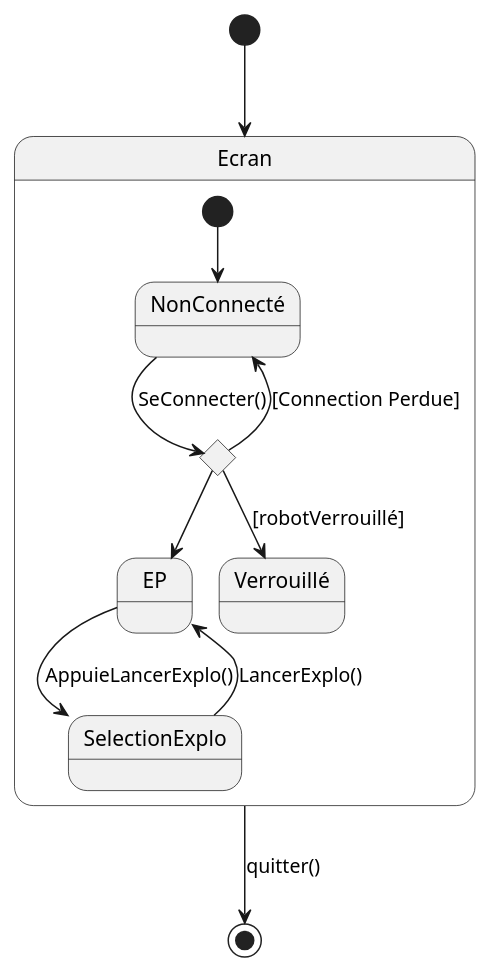
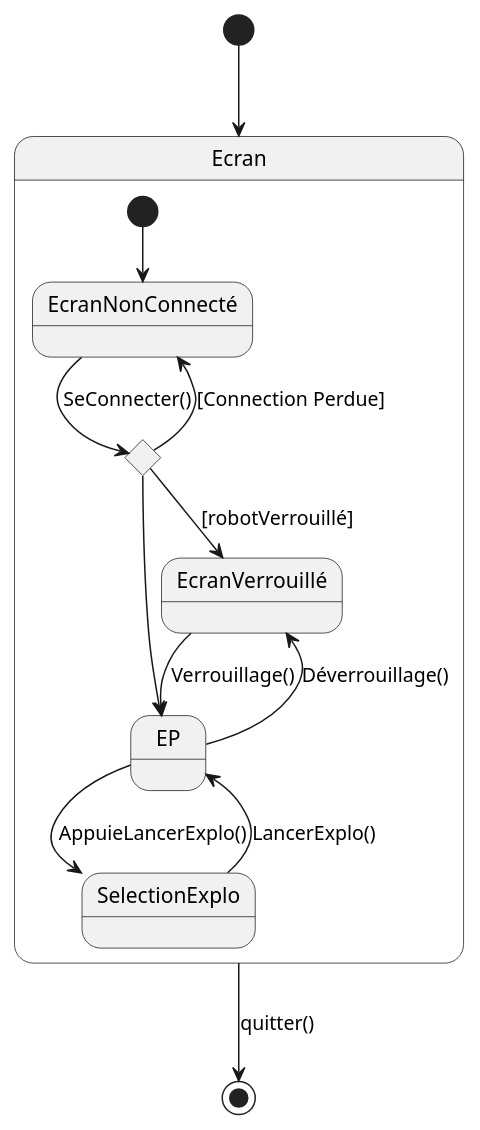
Before and after one commit to Larson-09/PATO_Project: the diagram in Diagrammes UML/3.1.3 - Les écrans/3.1.3 - Diagramme IHM.puml, drawn with PlantUML. The commit also changed 1 other file, not shown here.

Commit message:
Diagramme IHM V1 FR/EN

```diff
--- a/Diagrammes UML/3.1.3 - Les écrans/3.1.3 - Diagramme IHM.puml
+++ b/Diagrammes UML/3.1.3 - Les écrans/3.1.3 - Diagramme IHM.puml
@@ -1,23 +1,25 @@
 @startuml
 [*] --> Ecran
 state Ecran {
-    state "NonConnecté" as NonConnecté
+    state "EcranNonConnecté" as EcranNonConnecté
     state "EP" as EP
-    state "Verrouillé" as Verrouillé
+    state "EcranVerrouillé" as EcranVerrouillé
     state "SelectionExplo" as SelectionExplo
 
     state c <<choice>>
 
-    [*] --> NonConnecté
-    NonConnecté --> c : SeConnecter()
+    [*] --> EcranNonConnecté
+    EcranNonConnecté --> c : SeConnecter()
 
-    c --> NonConnecté : [Connection Perdue]
+    c --> EcranNonConnecté : [Connection Perdue]
     c --> EP
-    c --> Verrouillé : [robotVerrouillé]
+    c --> EcranVerrouillé : [robotVerrouillé]
+    EcranVerrouillé --> EP: Verrouillage()
+   EP --> EcranVerrouillé :Déverrouillage()
     EP --> SelectionExplo : AppuieLancerExplo()
     SelectionExplo --> EP : LancerExplo()
 }
 
 Ecran --> [*] : quitter()
 
 @enduml
```
